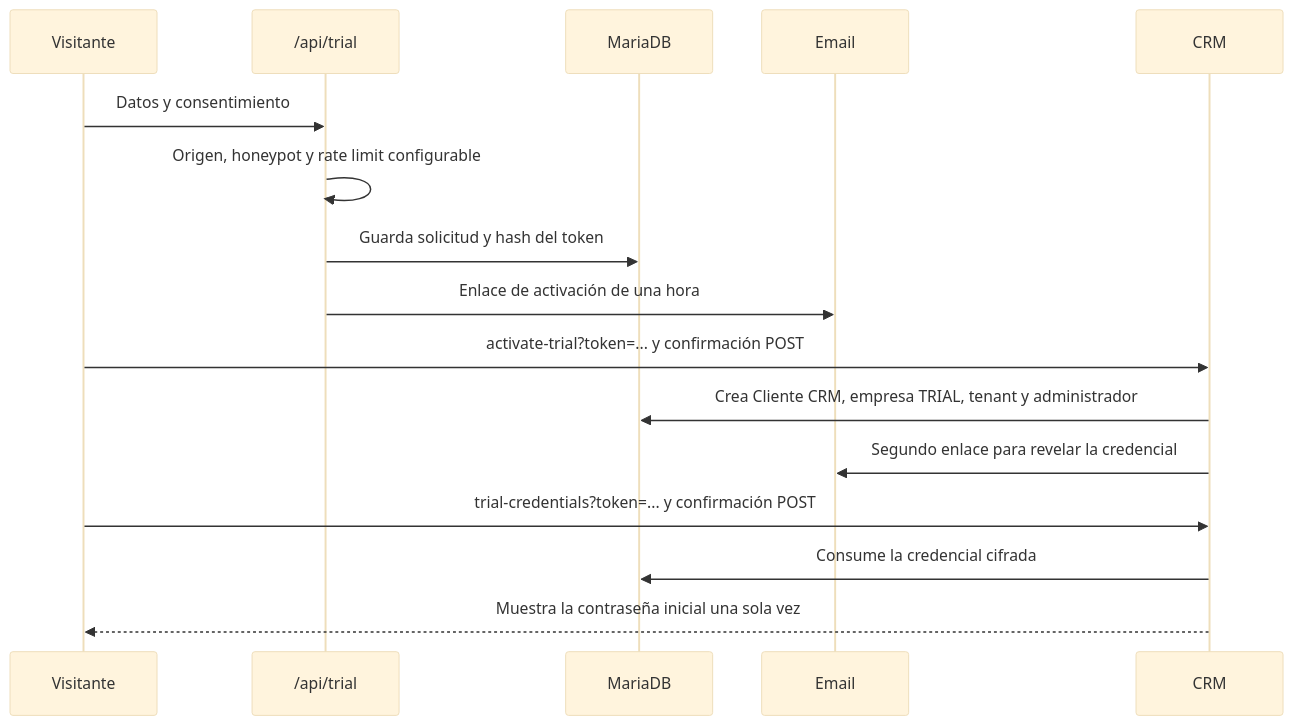
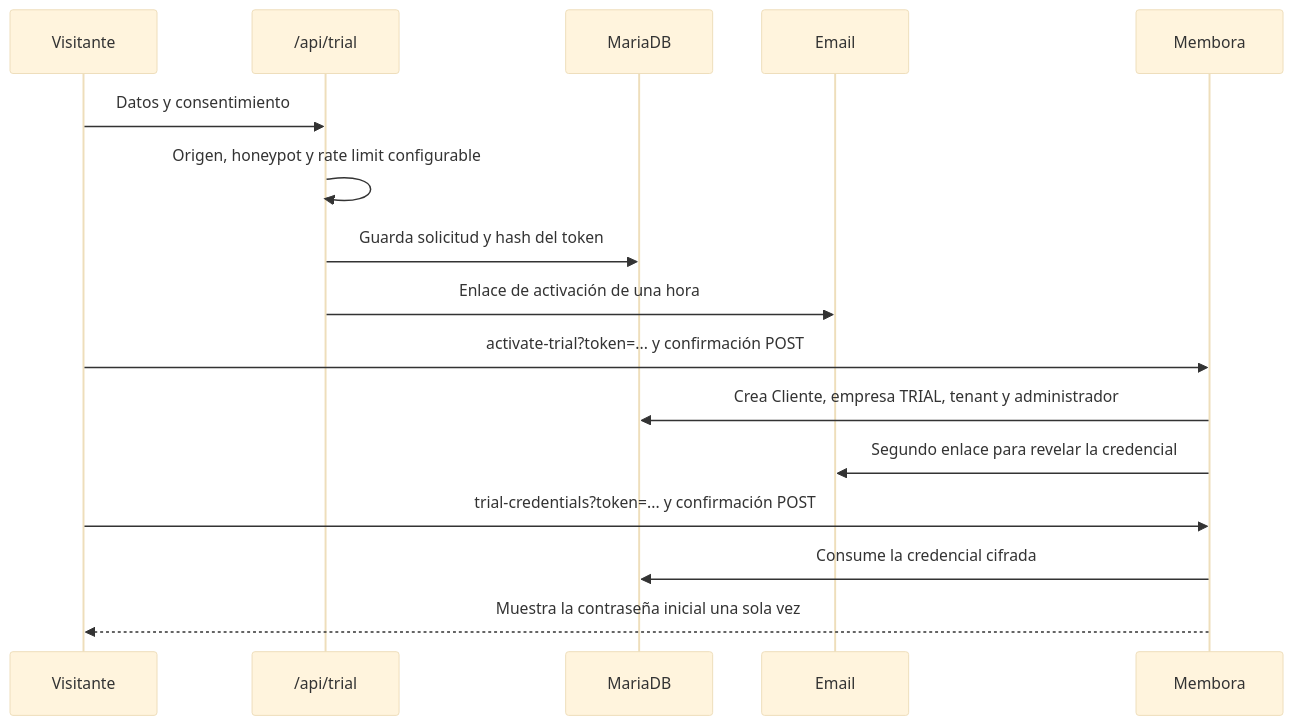
The fifth of 8 diagrams in docs/18-arquitectura-y-flujos.md (Jacketring/Membora-CRM), drawn with Mermaid (base theme) before and after one commit. The commit also changed other lines of this file and 70 other files, not shown here.

````diff
--- a/docs/18-arquitectura-y-flujos.md
+++ b/docs/18-arquitectura-y-flujos.md
@@ -68,18 +68,18 @@
 ```mermaid
 sequenceDiagram
     participant U as Visitante
     participant API as /api/trial
     participant DB as MariaDB
     participant M as Email
-    participant CRM as CRM
+    participant CRM as Membora
     U->>API: Datos y consentimiento
     API->>API: Origen, honeypot y rate limit configurable
     API->>DB: Guarda solicitud y hash del token
     API->>M: Enlace de activación de una hora
     U->>CRM: activate-trial?token=... y confirmación POST
-    CRM->>DB: Crea Cliente CRM, empresa TRIAL, tenant y administrador
+    CRM->>DB: Crea Cliente, empresa TRIAL, tenant y administrador
     CRM->>M: Segundo enlace para revelar la credencial
     U->>CRM: trial-credentials?token=... y confirmación POST
     CRM->>DB: Consume la credencial cifrada
     CRM-->>U: Muestra la contraseña inicial una sola vez
 ```
````
